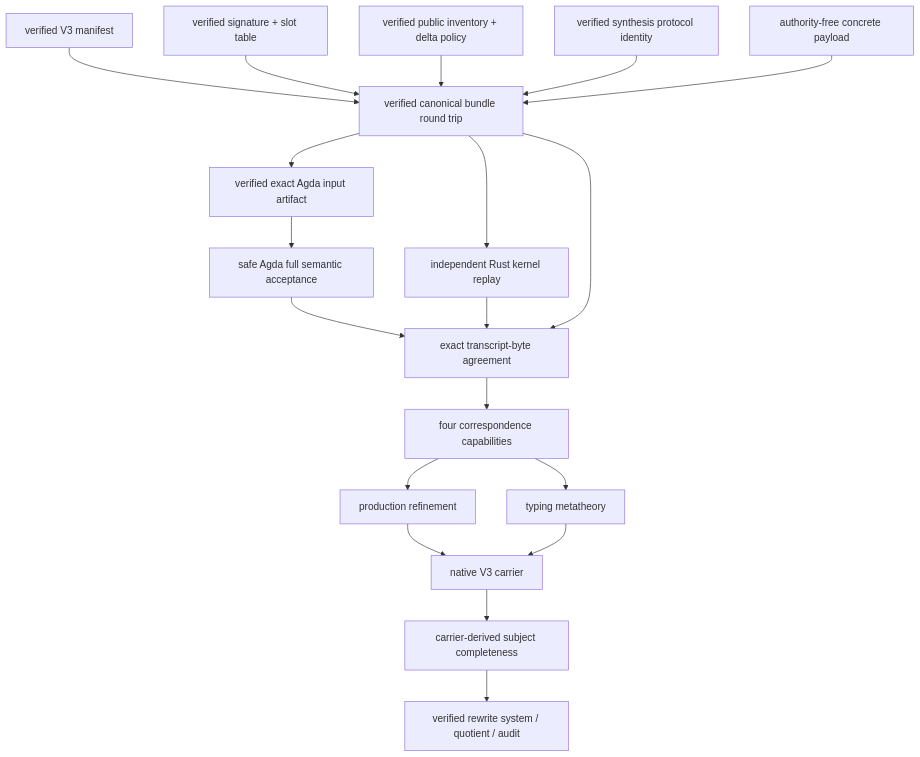
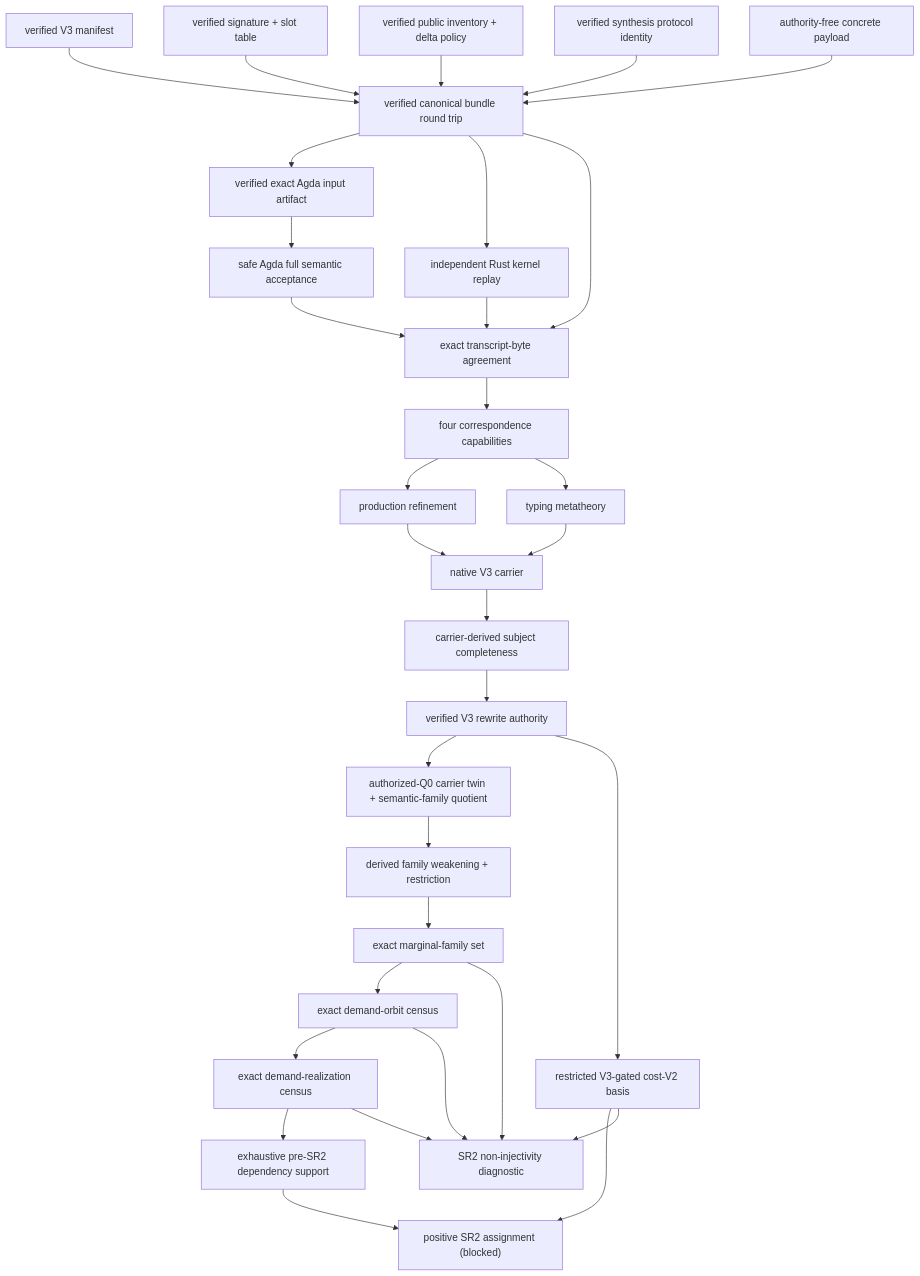
One commit to efficient-novelty/atomic changed the third of 3 diagrams in docs/260730_architecture.md. Above: the diagram before and after it, drawn with Mermaid. The commit also changed other lines of this file and 17 other files, not shown here.

````diff
--- a/docs/260730_architecture.md
+++ b/docs/260730_architecture.md
@@ -1031,38 +1063,60 @@
 ```mermaid
 flowchart TD
   Manifest["verified V3 manifest"]
   Signature["verified signature + slot table"]
   Inventory["verified public inventory + delta policy"]
   Synthesis["verified synthesis protocol identity"]
   Payload["authority-free concrete payload"]
   Bundle["verified canonical bundle round trip"]
   Input["verified exact Agda input artifact"]
   Agda["safe Agda full semantic acceptance"]
   Rust["independent Rust kernel replay"]
   Transcript["exact transcript-byte agreement"]
   Correspondence["four correspondence capabilities"]
   Refinement["production refinement"]
   Meta["typing metatheory"]
   Carrier["native V3 carrier"]
   Coverage["carrier-derived subject completeness"]
-  Rewrite["verified rewrite system / quotient / audit"]
+  Rewrite["verified V3 rewrite authority"]
+  Quotient["authorized-Q0 carrier twin + semantic-family quotient"]
+  Weakening["derived family weakening + restriction"]
+  Marginals["exact marginal-family set"]
+  Orbit["exact demand-orbit census"]
+  Realization["exact demand-realization census"]
+  Support["exhaustive pre-SR2 dependency support"]
+  Cost["restricted V3-gated cost-V2 basis"]
+  PositiveSR2["positive SR2 assignment (blocked)"]
+  Obstruction["SR2 non-injectivity diagnostic"]
 
   Manifest --> Bundle
   Signature --> Bundle
   Inventory --> Bundle
   Synthesis --> Bundle
   Payload --> Bundle
   Bundle --> Input
   Input --> Agda
   Bundle --> Rust
   Agda --> Transcript
   Rust --> Transcript
   Bundle --> Transcript
   Transcript --> Correspondence
   Correspondence --> Refinement
   Correspondence --> Meta
   Refinement --> Carrier
   Meta --> Carrier
   Carrier --> Coverage
   Coverage --> Rewrite
+  Rewrite --> Quotient
+  Quotient --> Weakening
+  Weakening --> Marginals
+  Marginals --> Orbit
+  Orbit --> Realization
+  Realization --> Support
+  Rewrite --> Cost
+  Support --> PositiveSR2
+  Cost --> PositiveSR2
+  Marginals --> Obstruction
+  Orbit --> Obstruction
+  Realization --> Obstruction
+  Cost --> Obstruction
 ```
````
